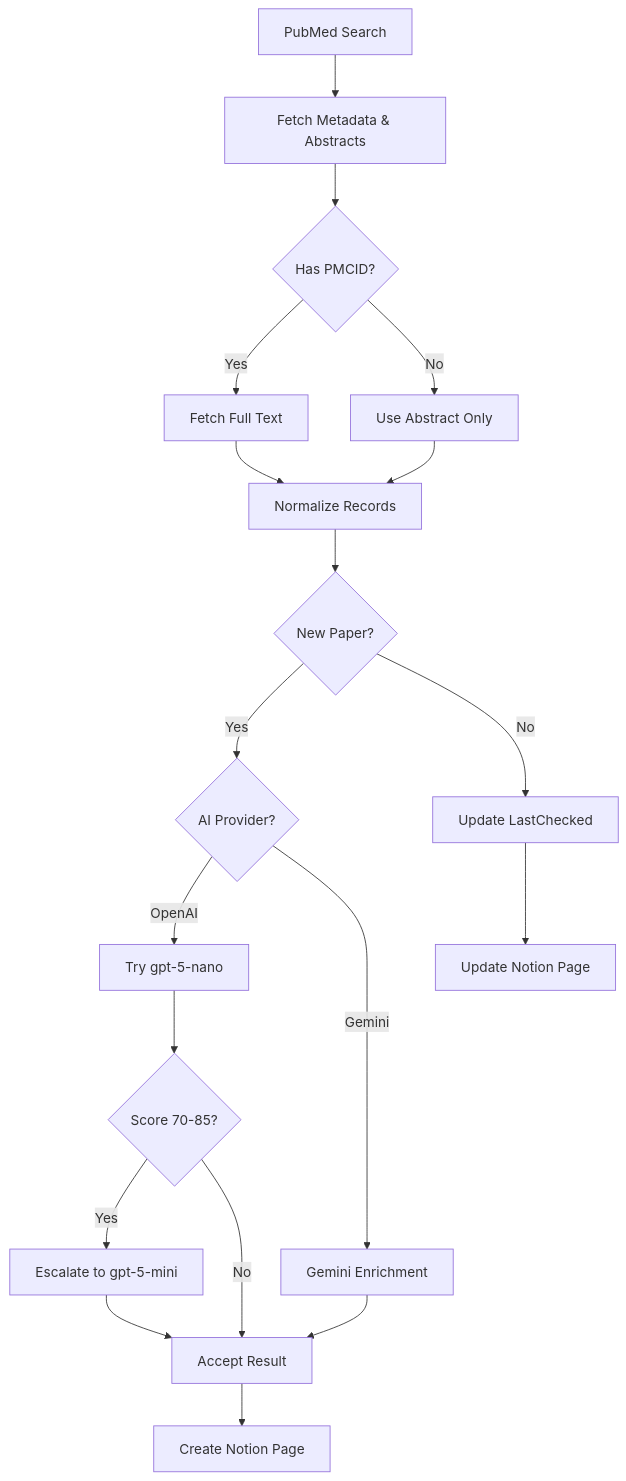
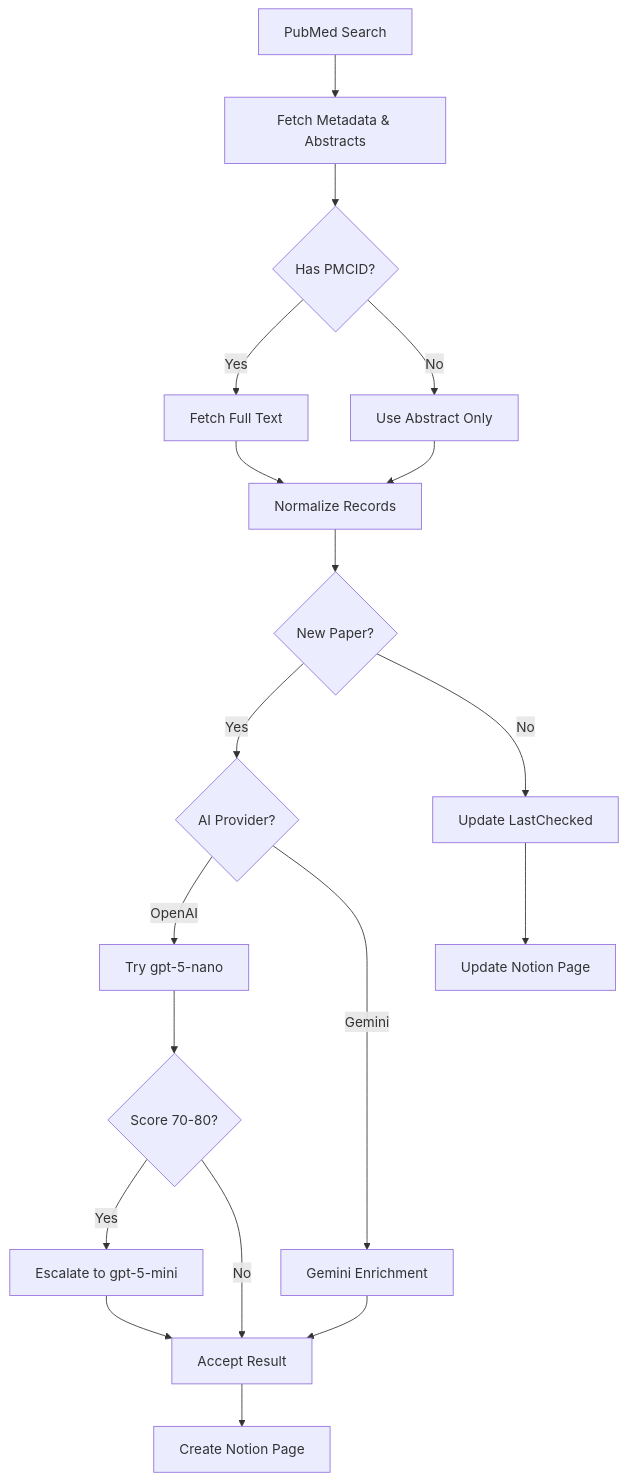
One commit to kunlin0814/LiteratureSearch changed the diagram in README.md. Above: the diagram before and after it, drawn with Mermaid. The commit also changed other lines of this file and 1 other file, not shown here.

Commit message:
feat: add OpenAI model support with nano-first escalation (70-80 score range) and document Prefect Cloud automation.

````diff
--- a/README.md
+++ b/README.md
@@ -133,21 +133,21 @@
 ```mermaid
 graph TD
     A[PubMed Search] --> B[Fetch Metadata & Abstracts]
     B --> C{Has PMCID?}
     C -->|Yes| D[Fetch Full Text]
     C -->|No| E[Use Abstract Only]
     D --> F[Normalize Records]
     E --> F
     F --> G{New Paper?}
     G -->|Yes| H{AI Provider?}
     H -->|OpenAI| I[Try gpt-5-nano]
     H -->|Gemini| J[Gemini Enrichment]
-    I --> K{Score 70-85?}
+    I --> K{Score 70-80?}
     K -->|Yes| L[Escalate to gpt-5-mini]
     K -->|No| M[Accept Result]
     L --> M
     J --> M
     M --> N[Create Notion Page]
     G -->|No| O[Update LastChecked]
     O --> P[Update Notion Page]
 ```
````
